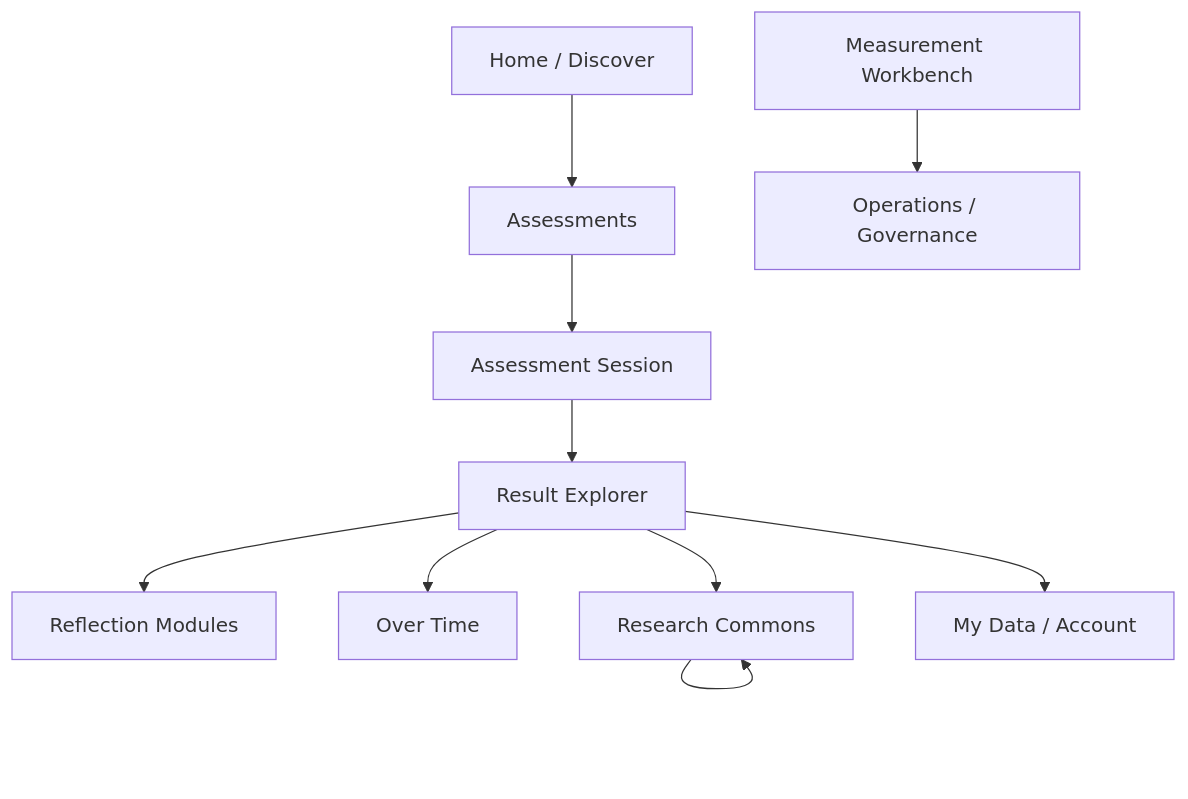
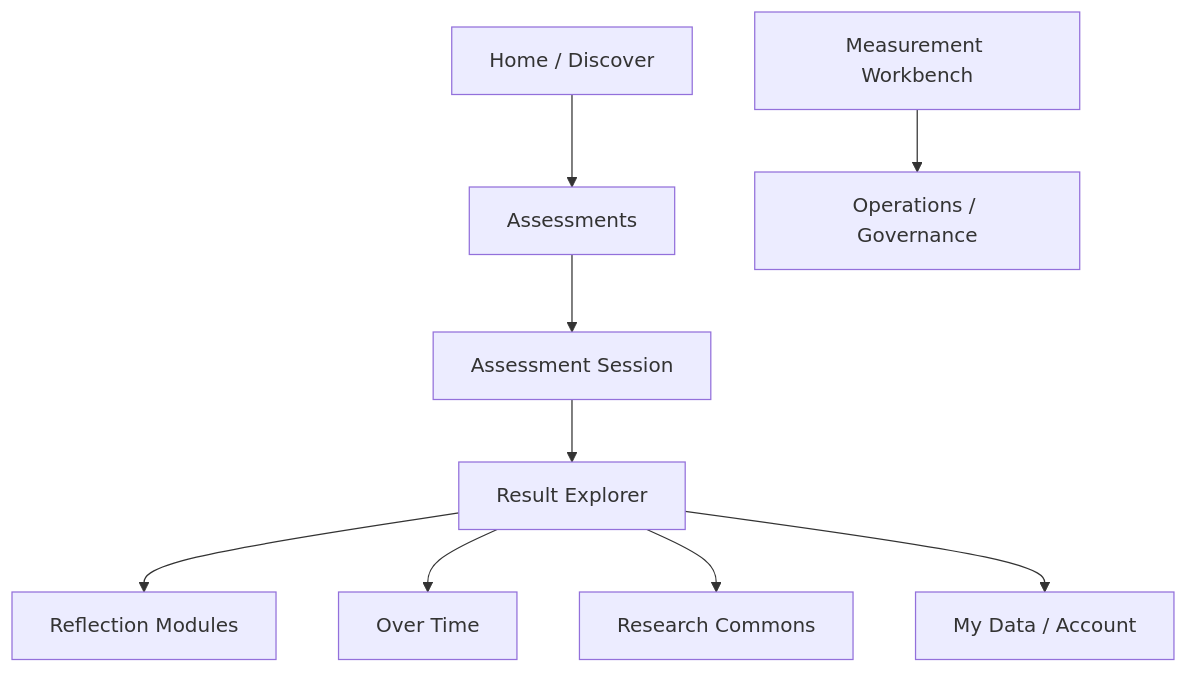
One commit to ContextualWisdomLab/psychometrics-commons changed the first of 3 diagrams in docs/PRODUCT_EXPERIENCE.md. Above: the diagram before and after it, drawn with Mermaid. The commit also changed other lines of this file, not shown here.

Commit message:
docs: correct product experience navigation graph

````diff
--- a/docs/PRODUCT_EXPERIENCE.md
+++ b/docs/PRODUCT_EXPERIENCE.md
@@ -25,21 +25,20 @@
 ```mermaid
 flowchart TD
     Home[Home / Discover]
     Assess[Assessments]
     Run[Assessment Session]
     Result[Result Explorer]
     Reflect[Reflection Modules]
     Longitudinal[Over Time]
     Research[Research Commons]
     Account[My Data / Account]
     Workbench[Measurement Workbench]
     Admin[Operations / Governance]
 
     Home --> Assess --> Run --> Result
     Result --> Reflect
     Result --> Longitudinal
     Result --> Research
     Result --> Account
-    Research --> Research
     Workbench --> Admin
 ```
````
